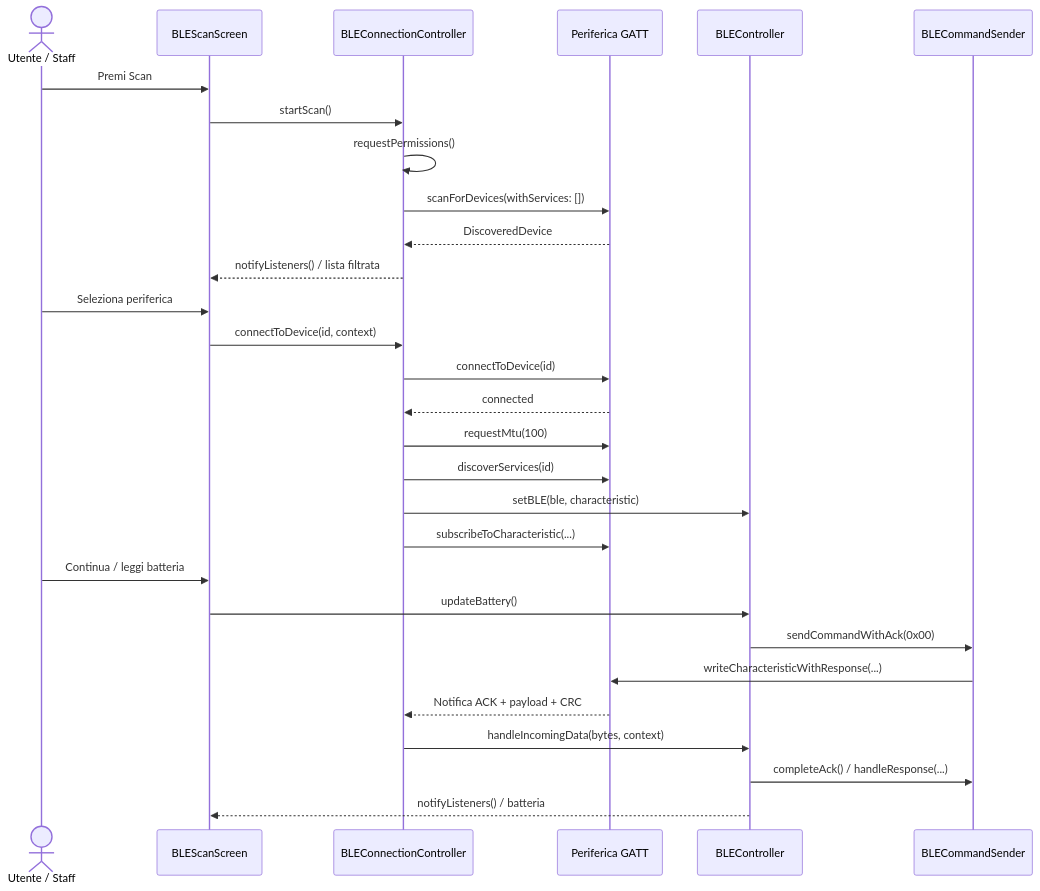
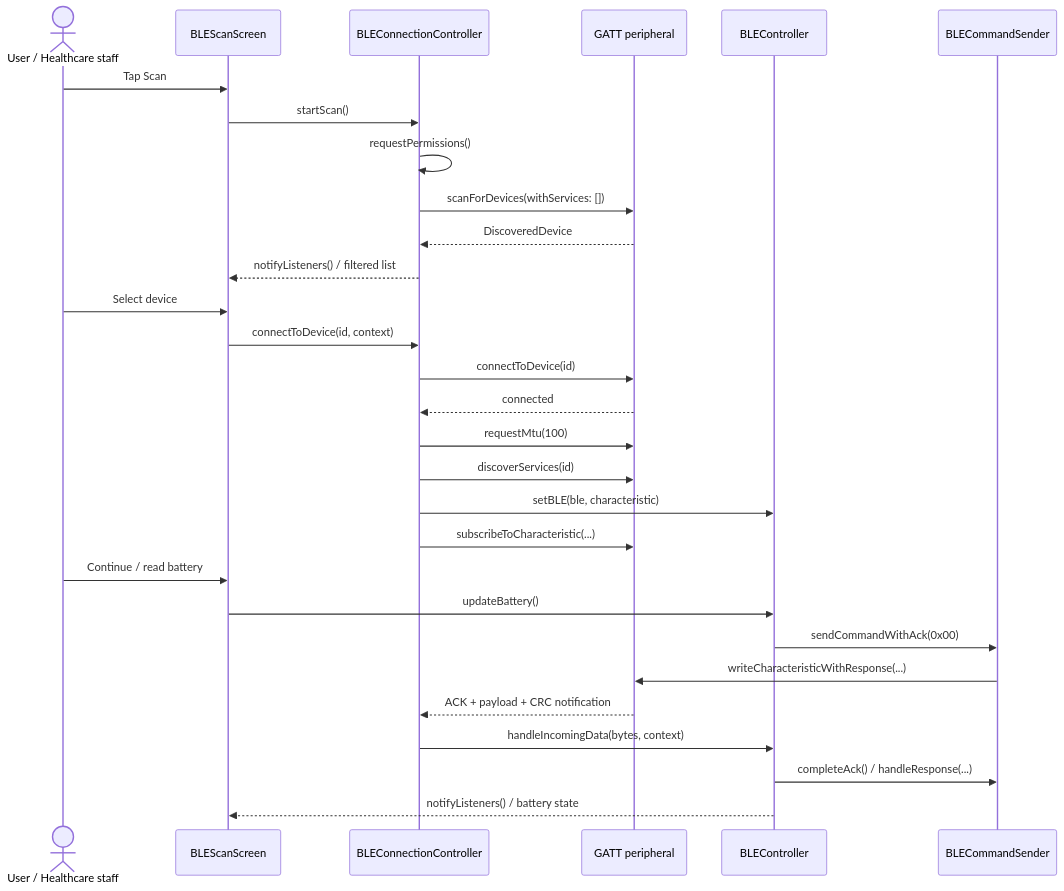
Before and after one commit to deewmike/InsulinGuard: the second of 2 diagrams in docs/ARCHITECTURE.md, drawn with Mermaid. The commit also changed other lines of this file and 7 other files, not shown here.

````diff
--- a/docs/ARCHITECTURE.md
+++ b/docs/ARCHITECTURE.md
@@ -68,31 +68,31 @@
 ```mermaid
 sequenceDiagram
-  actor Staff as Utente / Staff
+  actor Staff as User / Healthcare staff
   participant UI as BLEScanScreen
   participant Conn as BLEConnectionController
-  participant GATT as Periferica GATT
+  participant GATT as GATT peripheral
   participant Handler as BLEController
   participant Sender as BLECommandSender
-  Staff->>UI: Premi Scan
+  Staff->>UI: Tap Scan
   UI->>Conn: startScan()
   Conn->>Conn: requestPermissions()
   Conn->>GATT: scanForDevices(withServices: [])
   GATT-->>Conn: DiscoveredDevice
-  Conn-->>UI: notifyListeners() / lista filtrata
-  Staff->>UI: Seleziona periferica
+  Conn-->>UI: notifyListeners() / filtered list
+  Staff->>UI: Select device
   UI->>Conn: connectToDevice(id, context)
   Conn->>GATT: connectToDevice(id)
   GATT-->>Conn: connected
   Conn->>GATT: requestMtu(100)
   Conn->>GATT: discoverServices(id)
   Conn->>Handler: setBLE(ble, characteristic)
   Conn->>GATT: subscribeToCharacteristic(...)
-  Staff->>UI: Continua / leggi batteria
+  Staff->>UI: Continue / read battery
   UI->>Handler: updateBattery()
   Handler->>Sender: sendCommandWithAck(0x00)
   Sender->>GATT: writeCharacteristicWithResponse(...)
-  GATT-->>Conn: Notifica ACK + payload + CRC
+  GATT-->>Conn: ACK + payload + CRC notification
   Conn->>Handler: handleIncomingData(bytes, context)
   Handler->>Sender: completeAck() / handleResponse(...)
-  Handler-->>UI: notifyListeners() / batteria
+  Handler-->>UI: notifyListeners() / battery state
 ```
````
